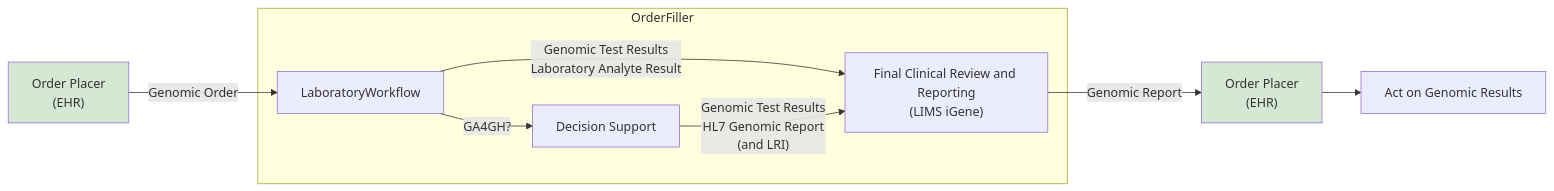
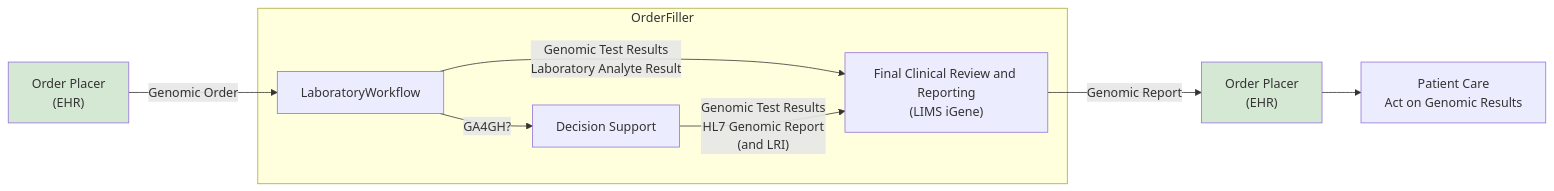
One commit to nw-gmsa/nw-gmsa.github.com changed the first of 2 diagrams in input/pagecontent/index.md. Above: the diagram before and after it, drawn with Mermaid.

Commit message:
Overview process model

````diff
--- a/input/pagecontent/index.md
+++ b/input/pagecontent/index.md
@@ -7,24 +7,24 @@
 ```mermaid
 graph LR
 
 placerS["Order Placer<br/>(EHR)"]
 
 subgraph OrderFiller 
   LaboratoryWorkflow
   CDS[Decision Support]
   report["Final Clinical Review and Reporting<br/>(LIMS iGene)"]
   LaboratoryWorkflow --> |Genomic Test Results<br/>Laboratory Analyte Result| report
   LaboratoryWorkflow --> |GA4GH?| CDS  
   CDS --> |"Genomic Test Results<br/>HL7 Genomic Report<br/>(and LRI)"| report
 end
 placer["Order Placer<br/>(EHR)"]
 
 placerS --> |Genomic Order| LaboratoryWorkflow
 
 report --> |Genomic Report| placer  
 
-placer -->  Act[Act on Genomic Results]
+placer -->  Act[Patient Care<br/>Act on Genomic Results]
 
   classDef green fill:#D5E8D4;
   class placer,placerS green
 ```
````
